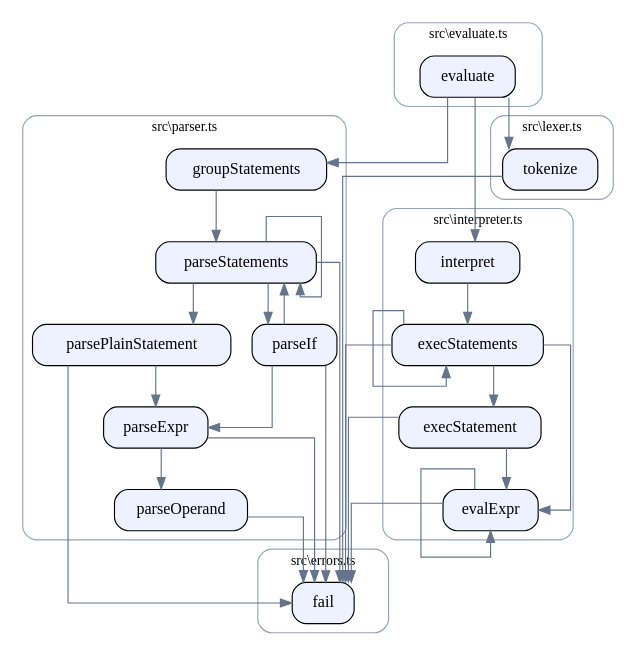
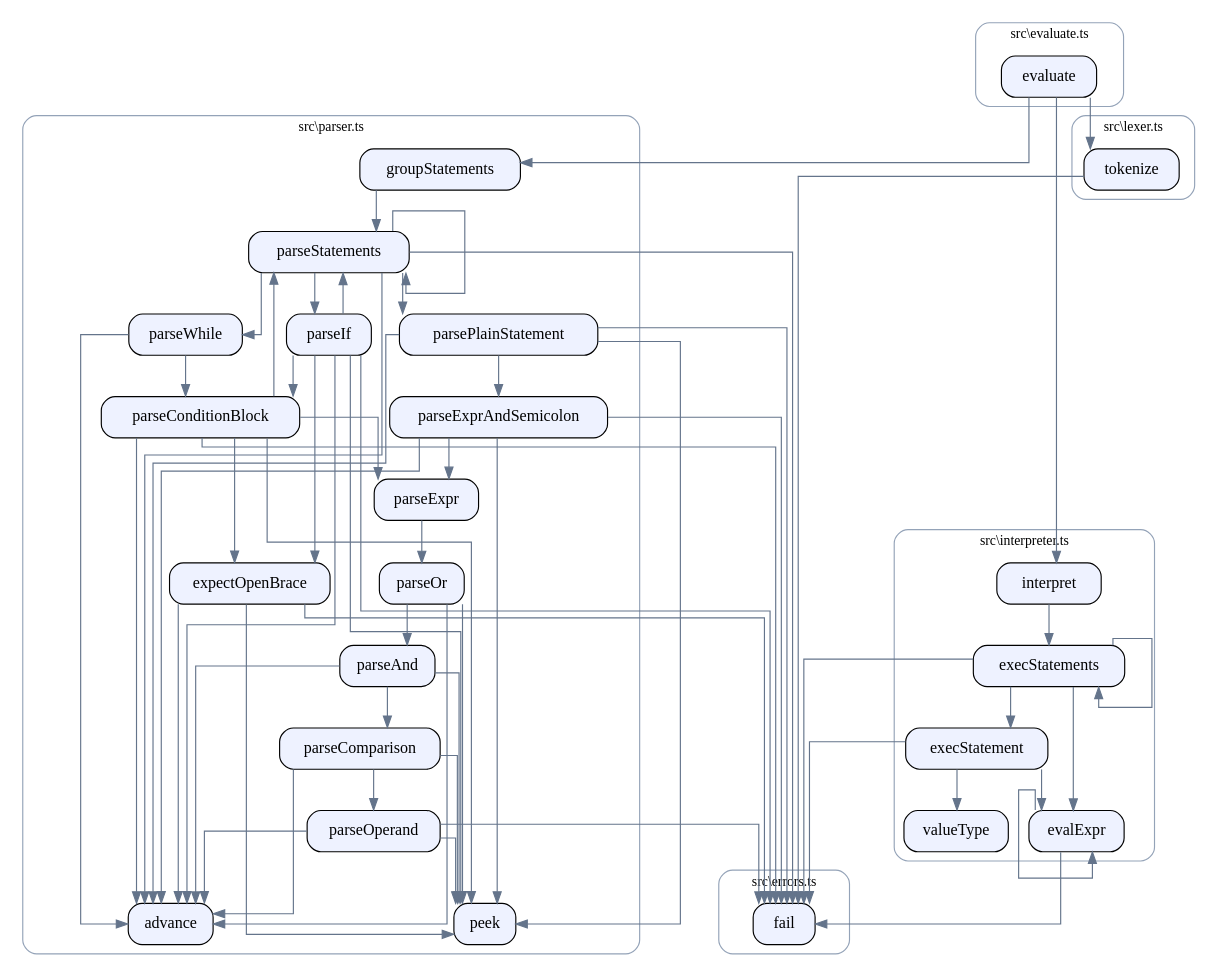
Before and after one commit to SirMathhman/Tuff: the diagram in docs/callgraph.dot, drawn with Graphviz. The commit also changed 7 other files, not shown here.

```diff
--- a/docs/callgraph.dot
+++ b/docs/callgraph.dot
@@ -1,80 +1,123 @@
 digraph tuff {
   rankdir=TB;
   splines=ortho;
   node [shape=box, style="rounded,filled", fillcolor="#eef2ff", fontname="Consolas"];
   edge [color="#64748b"];
   subgraph "cluster_src_errors_ts" {
     style="rounded";
     color="#94a3b8";
     fontname="Consolas";
     fontsize=12;
     label="src\\errors.ts";
     "src\\errors.ts::fail" [label="fail"];
   }
   subgraph "cluster_src_evaluate_ts" {
     style="rounded";
     color="#94a3b8";
     fontname="Consolas";
     fontsize=12;
     label="src\\evaluate.ts";
     "src\\evaluate.ts::evaluate" [label="evaluate"];
   }
   subgraph "cluster_src_interpreter_ts" {
     style="rounded";
     color="#94a3b8";
     fontname="Consolas";
     fontsize=12;
     label="src\\interpreter.ts";
+    "src\\interpreter.ts::valueType" [label="valueType"];
     "src\\interpreter.ts::evalExpr" [label="evalExpr"];
     "src\\interpreter.ts::execStatement" [label="execStatement"];
     "src\\interpreter.ts::execStatements" [label="execStatements"];
     "src\\interpreter.ts::interpret" [label="interpret"];
   }
   subgraph "cluster_src_lexer_ts" {
     style="rounded";
     color="#94a3b8";
     fontname="Consolas";
     fontsize=12;
     label="src\\lexer.ts";
     "src\\lexer.ts::tokenize" [label="tokenize"];
   }
   subgraph "cluster_src_parser_ts" {
     style="rounded";
     color="#94a3b8";
     fontname="Consolas";
     fontsize=12;
     label="src\\parser.ts";
+    "src\\parser.ts::peek" [label="peek"];
+    "src\\parser.ts::advance" [label="advance"];
     "src\\parser.ts::parseStatements" [label="parseStatements"];
+    "src\\parser.ts::parseExprAndSemicolon" [label="parseExprAndSemicolon"];
+    "src\\parser.ts::expectOpenBrace" [label="expectOpenBrace"];
     "src\\parser.ts::parsePlainStatement" [label="parsePlainStatement"];
     "src\\parser.ts::parseOperand" [label="parseOperand"];
     "src\\parser.ts::parseExpr" [label="parseExpr"];
+    "src\\parser.ts::parseOr" [label="parseOr"];
+    "src\\parser.ts::parseAnd" [label="parseAnd"];
+    "src\\parser.ts::parseComparison" [label="parseComparison"];
+    "src\\parser.ts::parseConditionBlock" [label="parseConditionBlock"];
     "src\\parser.ts::parseIf" [label="parseIf"];
+    "src\\parser.ts::parseWhile" [label="parseWhile"];
     "src\\parser.ts::groupStatements" [label="groupStatements"];
   }
   "src\\evaluate.ts::evaluate" -> "src\\lexer.ts::tokenize";
   "src\\evaluate.ts::evaluate" -> "src\\parser.ts::groupStatements";
   "src\\evaluate.ts::evaluate" -> "src\\interpreter.ts::interpret";
   "src\\interpreter.ts::evalExpr" -> "src\\errors.ts::fail";
   "src\\interpreter.ts::evalExpr" -> "src\\interpreter.ts::evalExpr";
   "src\\interpreter.ts::execStatement" -> "src\\errors.ts::fail";
   "src\\interpreter.ts::execStatement" -> "src\\interpreter.ts::evalExpr";
+  "src\\interpreter.ts::execStatement" -> "src\\interpreter.ts::valueType";
   "src\\interpreter.ts::execStatements" -> "src\\interpreter.ts::execStatements";
   "src\\interpreter.ts::execStatements" -> "src\\errors.ts::fail";
   "src\\interpreter.ts::execStatements" -> "src\\interpreter.ts::evalExpr";
   "src\\interpreter.ts::execStatements" -> "src\\interpreter.ts::execStatement";
   "src\\interpreter.ts::interpret" -> "src\\interpreter.ts::execStatements";
   "src\\lexer.ts::tokenize" -> "src\\errors.ts::fail";
+  "src\\parser.ts::parseStatements" -> "src\\parser.ts::advance";
   "src\\parser.ts::parseStatements" -> "src\\parser.ts::parseStatements";
   "src\\parser.ts::parseStatements" -> "src\\errors.ts::fail";
   "src\\parser.ts::parseStatements" -> "src\\parser.ts::parseIf";
+  "src\\parser.ts::parseStatements" -> "src\\parser.ts::parseWhile";
   "src\\parser.ts::parseStatements" -> "src\\parser.ts::parsePlainStatement";
+  "src\\parser.ts::parseExprAndSemicolon" -> "src\\parser.ts::parseExpr";
+  "src\\parser.ts::parseExprAndSemicolon" -> "src\\parser.ts::peek";
+  "src\\parser.ts::parseExprAndSemicolon" -> "src\\errors.ts::fail";
+  "src\\parser.ts::parseExprAndSemicolon" -> "src\\parser.ts::advance";
+  "src\\parser.ts::expectOpenBrace" -> "src\\parser.ts::peek";
+  "src\\parser.ts::expectOpenBrace" -> "src\\errors.ts::fail";
+  "src\\parser.ts::expectOpenBrace" -> "src\\parser.ts::advance";
+  "src\\parser.ts::parsePlainStatement" -> "src\\parser.ts::peek";
   "src\\parser.ts::parsePlainStatement" -> "src\\errors.ts::fail";
-  "src\\parser.ts::parsePlainStatement" -> "src\\parser.ts::parseExpr";
+  "src\\parser.ts::parsePlainStatement" -> "src\\parser.ts::advance";
+  "src\\parser.ts::parsePlainStatement" -> "src\\parser.ts::parseExprAndSemicolon";
+  "src\\parser.ts::parseOperand" -> "src\\parser.ts::peek";
   "src\\parser.ts::parseOperand" -> "src\\errors.ts::fail";
-  "src\\parser.ts::parseExpr" -> "src\\errors.ts::fail";
-  "src\\parser.ts::parseExpr" -> "src\\parser.ts::parseOperand";
+  "src\\parser.ts::parseOperand" -> "src\\parser.ts::advance";
+  "src\\parser.ts::parseExpr" -> "src\\parser.ts::parseOr";
+  "src\\parser.ts::parseOr" -> "src\\parser.ts::parseAnd";
+  "src\\parser.ts::parseOr" -> "src\\parser.ts::peek";
+  "src\\parser.ts::parseOr" -> "src\\parser.ts::advance";
+  "src\\parser.ts::parseAnd" -> "src\\parser.ts::parseComparison";
+  "src\\parser.ts::parseAnd" -> "src\\parser.ts::peek";
+  "src\\parser.ts::parseAnd" -> "src\\parser.ts::advance";
+  "src\\parser.ts::parseComparison" -> "src\\parser.ts::parseOperand";
+  "src\\parser.ts::parseComparison" -> "src\\parser.ts::peek";
+  "src\\parser.ts::parseComparison" -> "src\\parser.ts::advance";
+  "src\\parser.ts::parseConditionBlock" -> "src\\parser.ts::peek";
+  "src\\parser.ts::parseConditionBlock" -> "src\\errors.ts::fail";
+  "src\\parser.ts::parseConditionBlock" -> "src\\parser.ts::advance";
+  "src\\parser.ts::parseConditionBlock" -> "src\\parser.ts::parseExpr";
+  "src\\parser.ts::parseConditionBlock" -> "src\\parser.ts::expectOpenBrace";
+  "src\\parser.ts::parseConditionBlock" -> "src\\parser.ts::parseStatements";
+  "src\\parser.ts::parseIf" -> "src\\parser.ts::advance";
+  "src\\parser.ts::parseIf" -> "src\\parser.ts::parseConditionBlock";
+  "src\\parser.ts::parseIf" -> "src\\parser.ts::peek";
+  "src\\parser.ts::parseIf" -> "src\\parser.ts::expectOpenBrace";
+  "src\\parser.ts::parseIf" -> "src\\parser.ts::parseStatements";
   "src\\parser.ts::parseIf" -> "src\\errors.ts::fail";
-  "src\\parser.ts::parseIf" -> "src\\parser.ts::parseExpr";
-  "src\\parser.ts::parseIf" -> "src\\parser.ts::parseStatements";
+  "src\\parser.ts::parseWhile" -> "src\\parser.ts::advance";
+  "src\\parser.ts::parseWhile" -> "src\\parser.ts::parseConditionBlock";
   "src\\parser.ts::groupStatements" -> "src\\parser.ts::parseStatements";
 }
```
